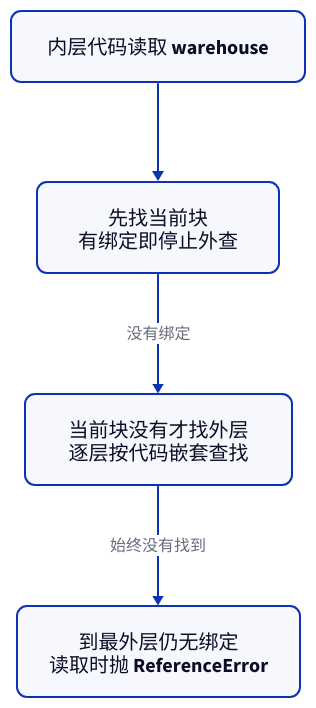
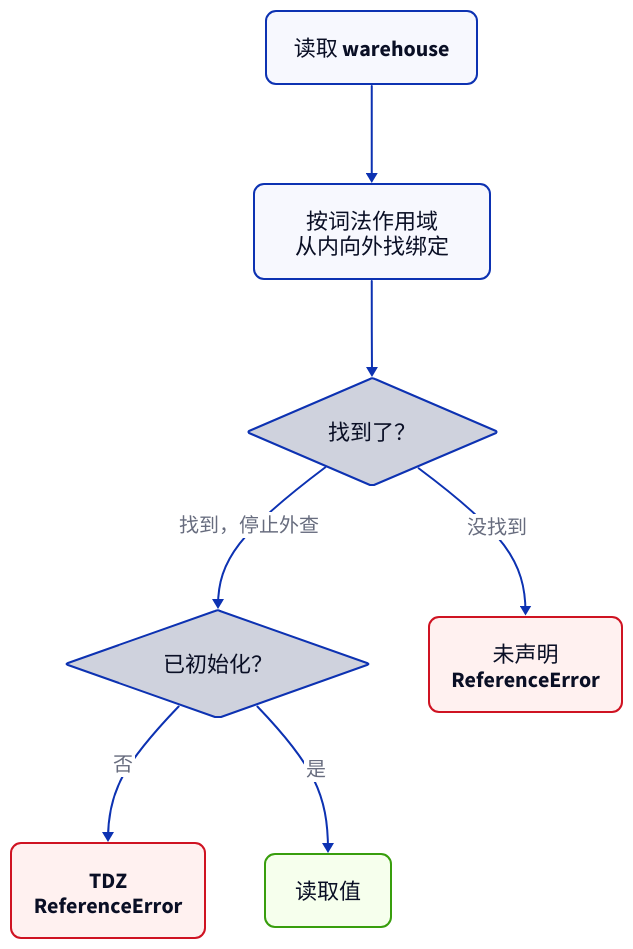
One commit to socoo123/js_web changed the diagram in diagrams/c04-scope.d2. Above: the diagram before and after it, drawn with D2. The commit also changed 42 other files, not shown here.

```diff
--- a/diagrams/c04-scope.d2
+++ b/diagrams/c04-scope.d2
@@ -1,14 +1,34 @@
-# C04：图中的箭头表示查找外层绑定，不表示执行顺序。
+# C04：箭头表示绑定查找与初始化检查，不表示语句的执行顺序。
 direction: down
 
-*.style.font-size: 20
-*.style.border-radius: 10
+**.style.font-size: 22
+**.style.border-radius: 10
+(** -> **)[*].style.font-size: 20
 
-read: 内层代码读取 warehouse
-inner: 先找当前块\n有绑定即停止外查
-outer: 当前块没有才找外层\n逐层按代码嵌套查找
-end: 到最外层仍无绑定\n读取时抛 ReferenceError
+read: 读取 warehouse
+search: 按词法作用域\n从内向外找绑定
+found: 找到了？ {
+  shape: diamond
+}
+initialized: 已初始化？ {
+  shape: diamond
+}
+missing: 未声明\nReferenceError {
+  style.fill: "#fff1f0"
+  style.stroke: "#cf1322"
+}
+tdz: TDZ\nReferenceError {
+  style.fill: "#fff1f0"
+  style.stroke: "#cf1322"
+}
+value: 读取值 {
+  style.fill: "#f6ffed"
+  style.stroke: "#389e0d"
+}
 
-read -> inner
-inner -> outer: 没有绑定
-outer -> end: 始终没有找到
+read -> search
+search -> found
+found -> missing: 没找到
+found -> initialized: 找到，停止外查
+initialized -> tdz: 否
+initialized -> value: 是
```
